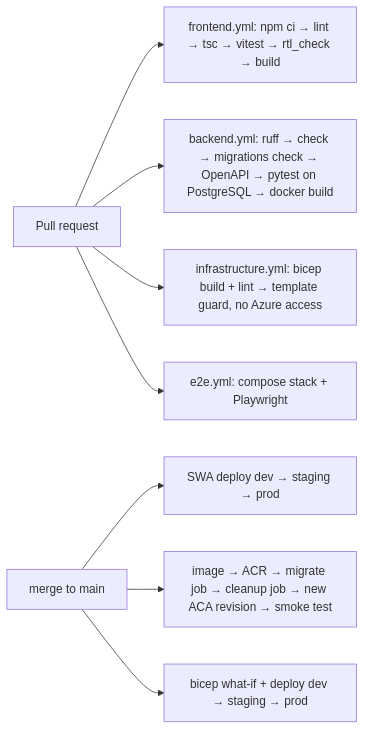
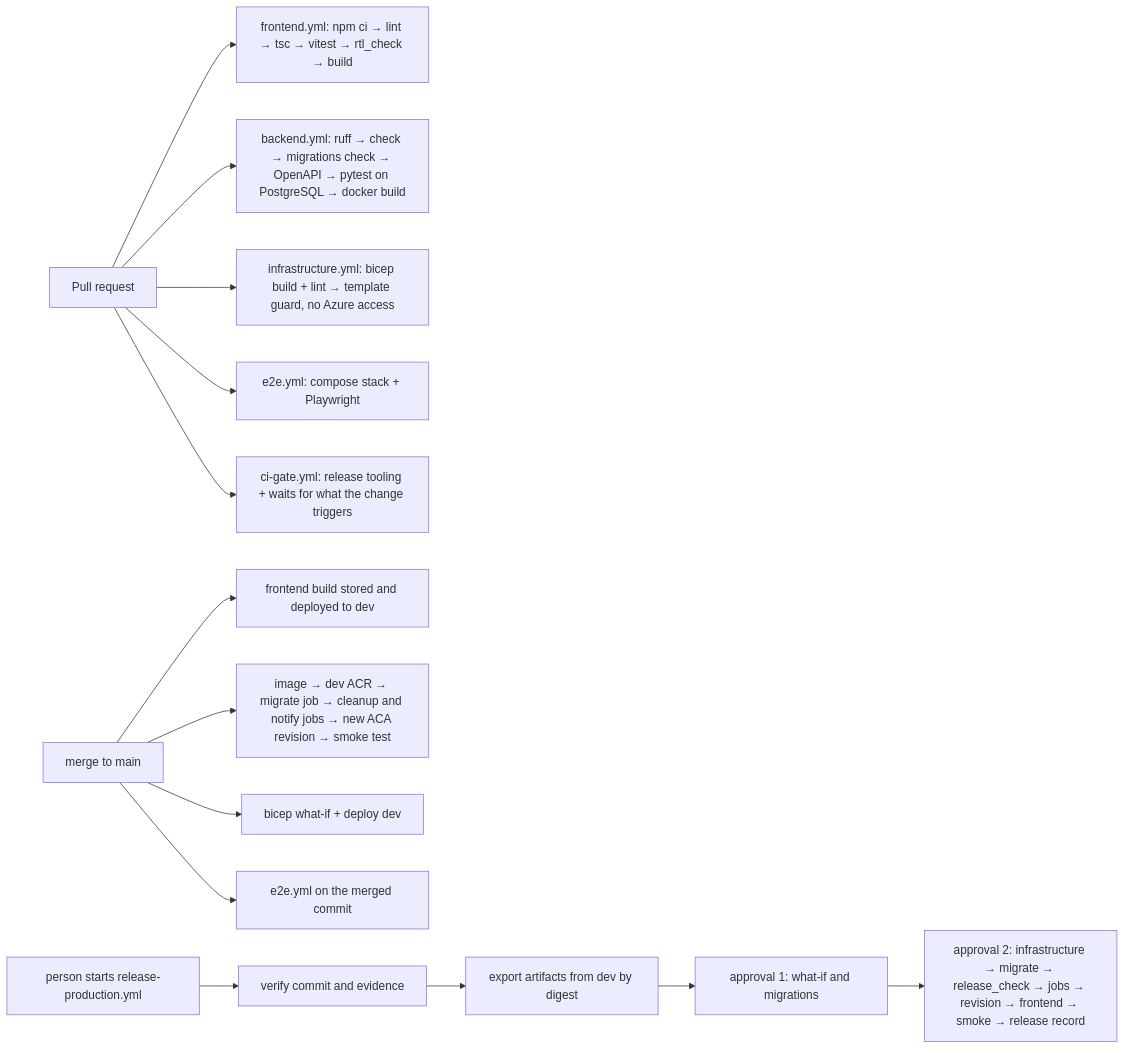
Before and after one commit to amr990719/Medical_App_Azure: the eighth of 8 diagrams in docs/architecture.md, drawn with Mermaid. The commit also changed other lines of this file and 14 other files, not shown here.

First line of the commit message:
docs: production runbook, acceptance record and cost estimate; retire staging

````diff
--- a/docs/architecture.md
+++ b/docs/architecture.md
@@ -277,10 +277,16 @@
 ```mermaid
 flowchart LR
     PR[Pull request] --> CI1[frontend.yml: npm ci → lint → tsc → vitest → rtl_check → build]
     PR --> CI2[backend.yml: ruff → check → migrations check → OpenAPI → pytest on PostgreSQL → docker build]
     PR --> CI3[infrastructure.yml: bicep build + lint → template guard, no Azure access]
     PR --> CI4[e2e.yml: compose stack + Playwright]
-    main[merge to main] --> D1[SWA deploy dev → staging → prod]
-    main --> D2[image → ACR → migrate job → cleanup job → new ACA revision → smoke test]
-    main --> D3[bicep what-if + deploy dev → staging → prod]
+    PR --> CI5[ci-gate.yml: release tooling + waits for what the change triggers]
+    main[merge to main] --> D1[frontend build stored and deployed to dev]
+    main --> D2[image → dev ACR → migrate job → cleanup and notify jobs → new ACA revision → smoke test]
+    main --> D3[bicep what-if + deploy dev]
+    main --> D4[e2e.yml on the merged commit]
+    Person[person starts release-production.yml] --> R1[verify commit and evidence]
+    R1 --> R2[export artifacts from dev by digest]
+    R2 --> R3[approval 1: what-if and migrations]
+    R3 --> R4[approval 2: infrastructure → migrate → release_check → jobs → revision → frontend → smoke → release record]
 ```
````
